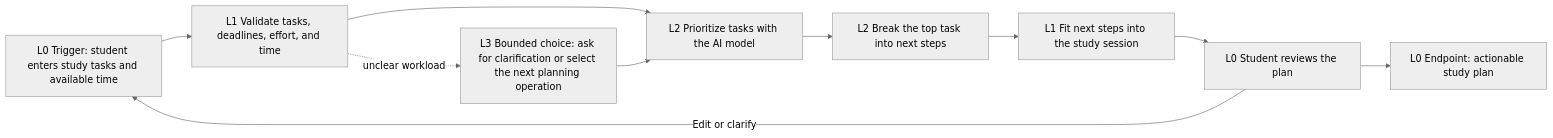
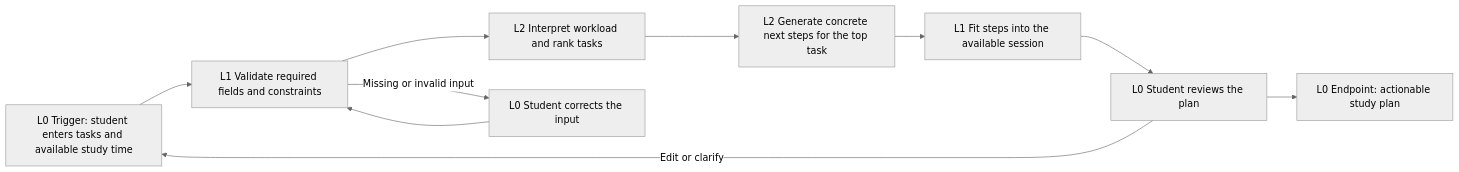
The diagram in outputs/study-planner-workflow-sketch.md (mbuddhal/Build-a-thon), drawn with Mermaid (neutral theme) before and after one commit. The commit also changed other lines of this file and 14 other files, not shown here.

Commit message:
Build bounded study sprint planner

````diff
--- a/outputs/study-planner-workflow-sketch.md
+++ b/outputs/study-planner-workflow-sketch.md
@@ -3,14 +5,14 @@
 ```mermaid
 flowchart LR
-    A[L0 Trigger: student enters study tasks and available time]
-    --> B[L1 Validate tasks, deadlines, effort, and time]
-    --> C[L2 Prioritize tasks with the AI model]
-    --> D[L2 Break the top task into next steps]
-    --> E[L1 Fit next steps into the study session]
+    A[L0 Trigger: student enters tasks and available study time]
+    --> B[L1 Validate required fields and constraints]
+    --> C[L2 Interpret workload and rank tasks]
+    --> D[L2 Generate concrete next steps for the top task]
+    --> E[L1 Fit steps into the available session]
     --> F[L0 Student reviews the plan]
     --> G[L0 Endpoint: actionable study plan]
 
     F -->|Edit or clarify| A
-    B -. unclear workload .-> H[L3 Bounded choice: ask for clarification or select the next planning operation]
-    H --> C
+    B -->|Missing or invalid input| H[L0 Student corrects the input]
+    H --> B
 ```
````
